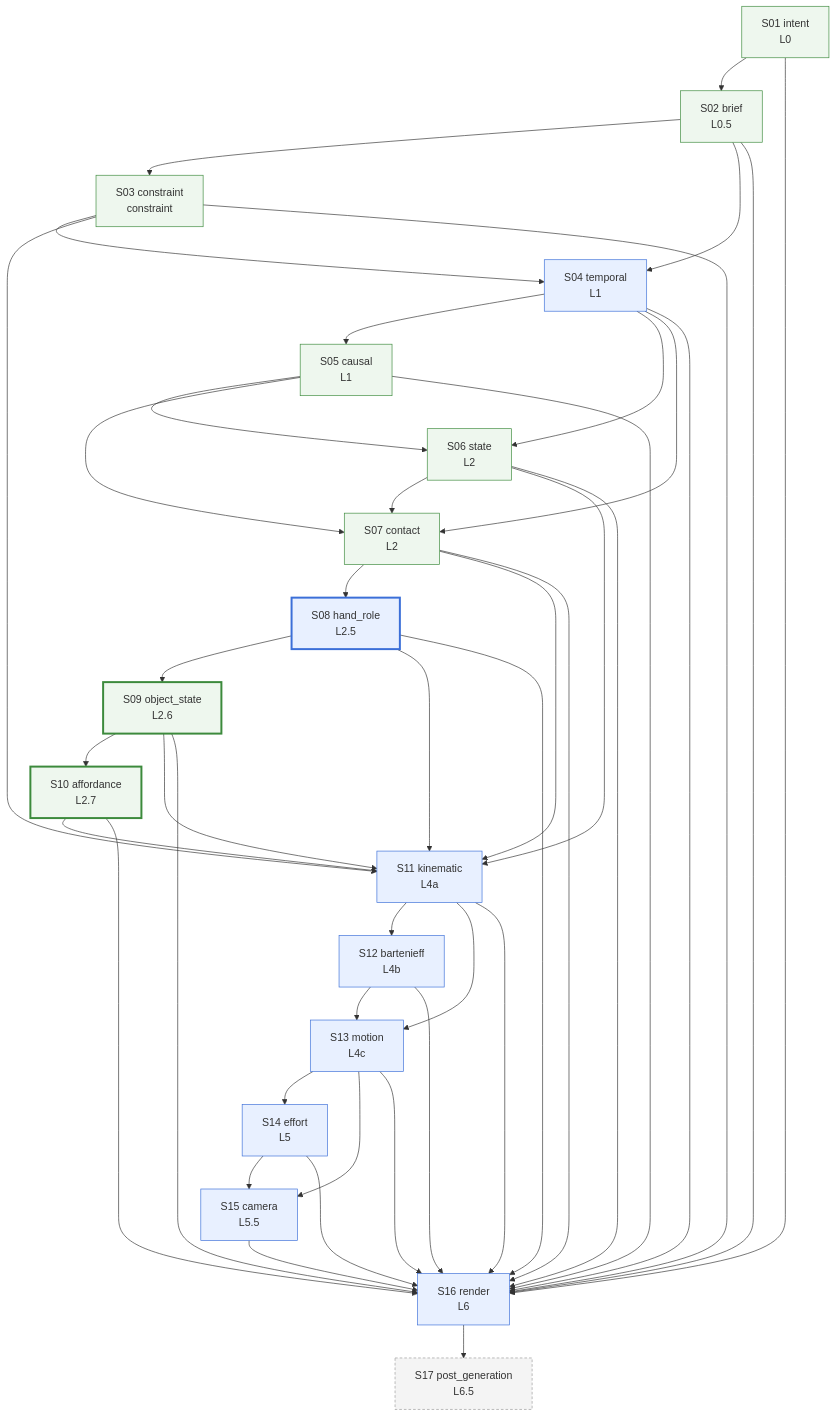
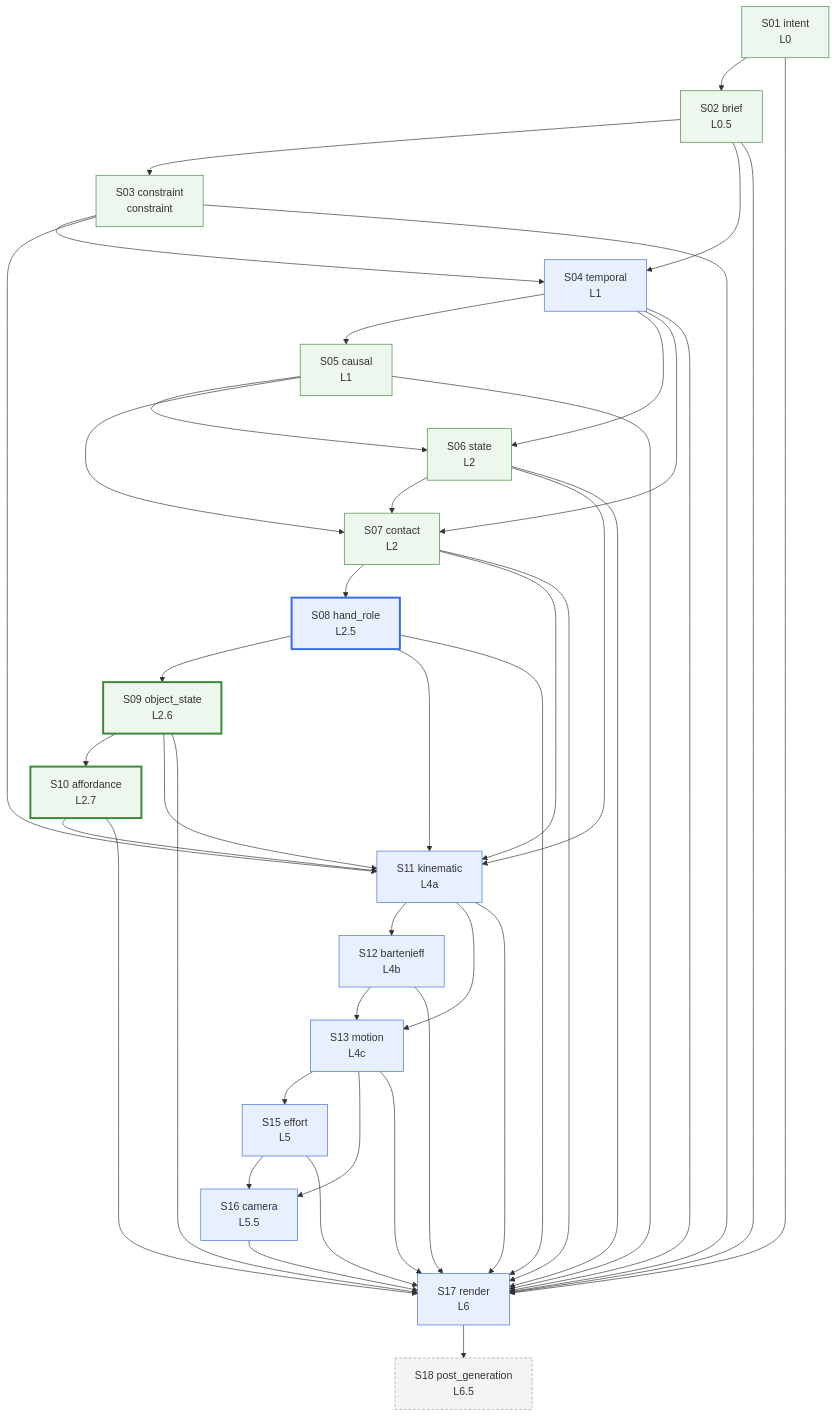
The diagram in docs/reference/dependencies.md (Kingsley-Cyber/cinematic-compiler-core), drawn with Mermaid before and after one commit. The commit also changed other lines of this file and 67 other files, not shown here.

````diff
--- a/docs/reference/dependencies.md
+++ b/docs/reference/dependencies.md
@@ -9,69 +9,69 @@
 ```mermaid
 flowchart TD
   intent["S01 intent<br/>L0"]
   brief["S02 brief<br/>L0.5"]
   constraint["S03 constraint<br/>constraint"]
   temporal["S04 temporal<br/>L1"]
   causal["S05 causal<br/>L1"]
   state["S06 state<br/>L2"]
   contact["S07 contact<br/>L2"]
   hand_role["S08 hand_role<br/>L2.5"]
   object_state["S09 object_state<br/>L2.6"]
   affordance["S10 affordance<br/>L2.7"]
   kinematic["S11 kinematic<br/>L4a"]
   bartenieff["S12 bartenieff<br/>L4b"]
   motion["S13 motion<br/>L4c"]
-  effort["S14 effort<br/>L5"]
-  camera["S15 camera<br/>L5.5"]
-  render["S16 render<br/>L6"]
-  post_generation["S17 post_generation<br/>L6.5"]
+  effort["S15 effort<br/>L5"]
+  camera["S16 camera<br/>L5.5"]
+  render["S17 render<br/>L6"]
+  post_generation["S18 post_generation<br/>L6.5"]
   intent --> brief
   brief --> constraint
   brief --> temporal
   constraint --> temporal
   temporal --> causal
   temporal --> state
   causal --> state
   temporal --> contact
   causal --> contact
   state --> contact
   contact --> hand_role
   hand_role --> object_state
   object_state --> affordance
   state --> kinematic
   contact --> kinematic
   hand_role --> kinematic
   object_state --> kinematic
   affordance --> kinematic
   constraint --> kinematic
   kinematic --> bartenieff
   kinematic --> motion
   bartenieff --> motion
   motion --> effort
   motion --> camera
   effort --> camera
   intent --> render
   brief --> render
   temporal --> render
   causal --> render
   state --> render
   contact --> render
   hand_role --> render
   object_state --> render
   affordance --> render
   constraint --> render
   kinematic --> render
   bartenieff --> render
   motion --> render
   effort --> render
   camera --> render
   render --> post_generation
   classDef authored fill:#e8f0ff,stroke:#3b6fd8
   classDef derived fill:#eef7ee,stroke:#3c8a3c
   classDef notbuilt fill:#f4f4f4,stroke:#999,stroke-dasharray:4 3
   classDef ugc stroke-width:3px
   class temporal,hand_role,kinematic,bartenieff,motion,effort,camera,render authored
   class intent,brief,constraint,causal,state,contact,object_state,affordance derived
   class post_generation notbuilt
   class hand_role,object_state,affordance ugc
 ```
````
